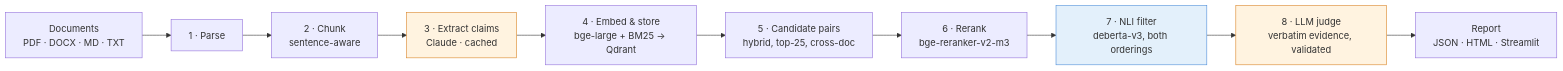
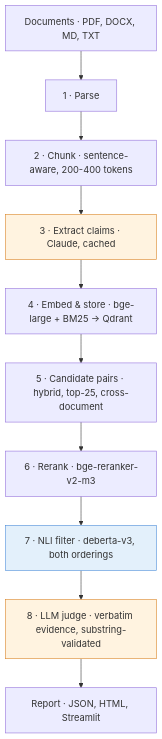
Before and after one commit to kmeasabingias-a11y/crosscheck: the diagram in README.md, drawn with Mermaid.

Commit message:
Render the pipeline diagram top-down so the labels stay legible

````diff
--- a/README.md
+++ b/README.md
@@ -191,15 +191,16 @@
 ```mermaid
-flowchart LR
-    A[Documents<br/>PDF · DOCX · MD · TXT] --> B[1 · Parse] --> C[2 · Chunk<br/>sentence-aware]
-    C --> D[3 · Extract claims<br/>Claude · cached]
-    D --> E[4 · Embed &amp; store<br/>bge-large + BM25 → Qdrant]
-    E --> F[5 · Candidate pairs<br/>hybrid, top-25, cross-doc]
-    F --> G[6 · Rerank<br/>bge-reranker-v2-m3]
-    G --> H[7 · NLI filter<br/>deberta-v3, both orderings]
-    H --> I[8 · LLM judge<br/>verbatim evidence, validated]
-    I --> J[Report<br/>JSON · HTML · Streamlit]
+flowchart TD
+    A[Documents · PDF, DOCX, MD, TXT] --> B[1 · Parse]
+    B --> C[2 · Chunk · sentence-aware, 200-400 tokens]
+    C --> D[3 · Extract claims · Claude, cached]
+    D --> E[4 · Embed &amp; store · bge-large + BM25 → Qdrant]
+    E --> F[5 · Candidate pairs · hybrid, top-25, cross-document]
+    F --> G[6 · Rerank · bge-reranker-v2-m3]
+    G --> H[7 · NLI filter · deberta-v3, both orderings]
+    H --> I[8 · LLM judge · verbatim evidence, substring-validated]
+    I --> J[Report · JSON, HTML, Streamlit]
 
     style D fill:#fff3e0,stroke:#d98324
     style I fill:#fff3e0,stroke:#d98324
     style H fill:#e3f0fb,stroke:#4c8dd9
 ```
````
